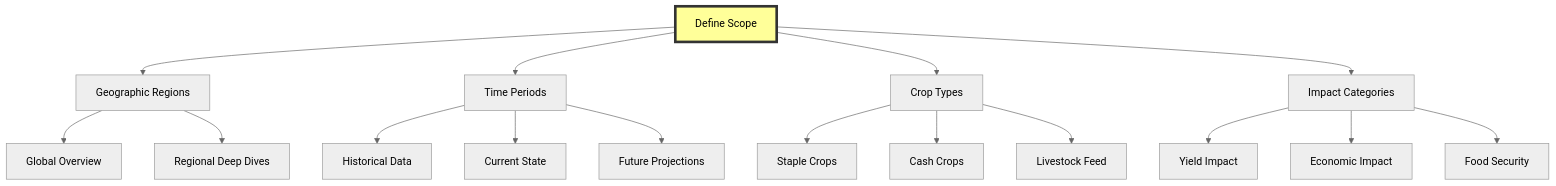
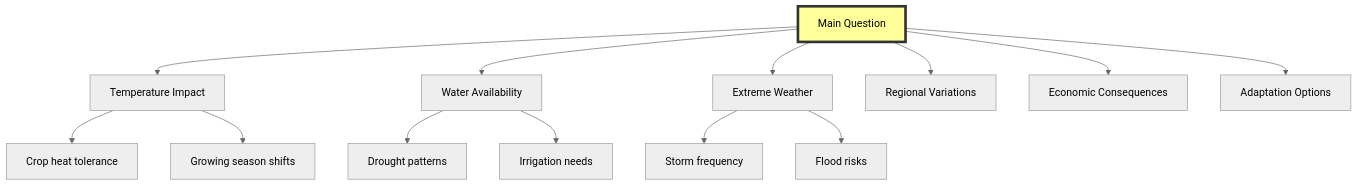
One commit to nikspatel007/workshop-agents changed the second of 7 diagrams in reading_materials/DEEP_RESEARCH_AGENT_THOUGHT_EXPERIMENT.md. Above: the diagram before and after it, drawn with Mermaid (neutral theme). The commit also changed other lines of this file, not shown here.

First line of the commit message:
Revise Deep Research Agent document for cohesion and clarity

````diff
--- a/reading_materials/DEEP_RESEARCH_AGENT_THOUGHT_EXPERIMENT.md
+++ b/reading_materials/DEEP_RESEARCH_AGENT_THOUGHT_EXPERIMENT.md
@@ -157,24 +70,18 @@
 ```mermaid
 graph TD
-    A[Define Scope] --> B[Geographic Regions]
-    A --> C[Time Periods]
-    A --> D[Crop Types]
-    A --> E[Impact Categories]
+    A[Main Question] --> B[Temperature Impact]
+    A --> C[Water Availability]
+    A --> D[Extreme Weather]
+    A --> E[Regional Variations]
+    A --> F[Economic Consequences]
+    A --> G[Adaptation Options]
     
-    B --> F[Global Overview]
-    B --> G[Regional Deep Dives]
-    
-    C --> H[Historical Data]
-    C --> I[Current State]
-    C --> J[Future Projections]
-    
-    D --> K[Staple Crops]
-    D --> L[Cash Crops]
-    D --> M[Livestock Feed]
-    
-    E --> N[Yield Impact]
-    E --> O[Economic Impact]
-    E --> P[Food Security]
+    B --> B1[Crop heat tolerance]
+    B --> B2[Growing season shifts]
+    C --> C1[Drought patterns]
+    C --> C2[Irrigation needs]
+    D --> D1[Storm frequency]
+    D --> D2[Flood risks]
     
     style A fill:#ff9,stroke:#333,stroke-width:4px
 ```
````
